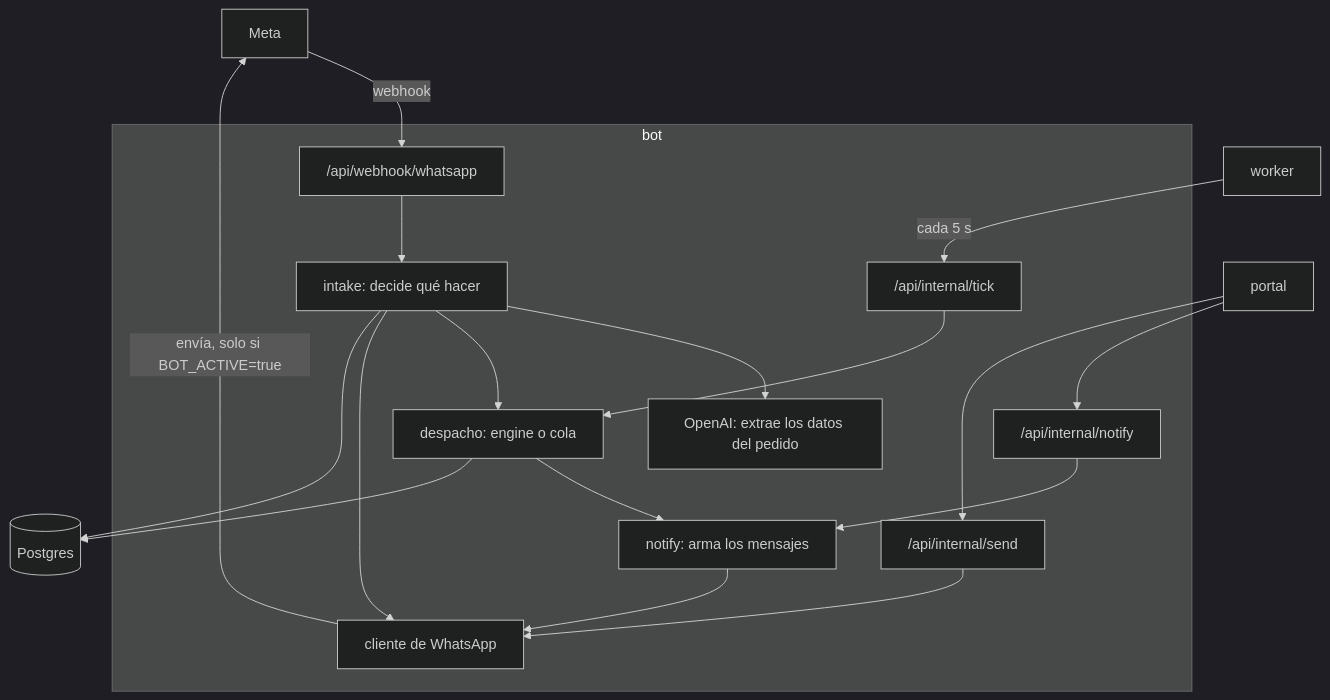
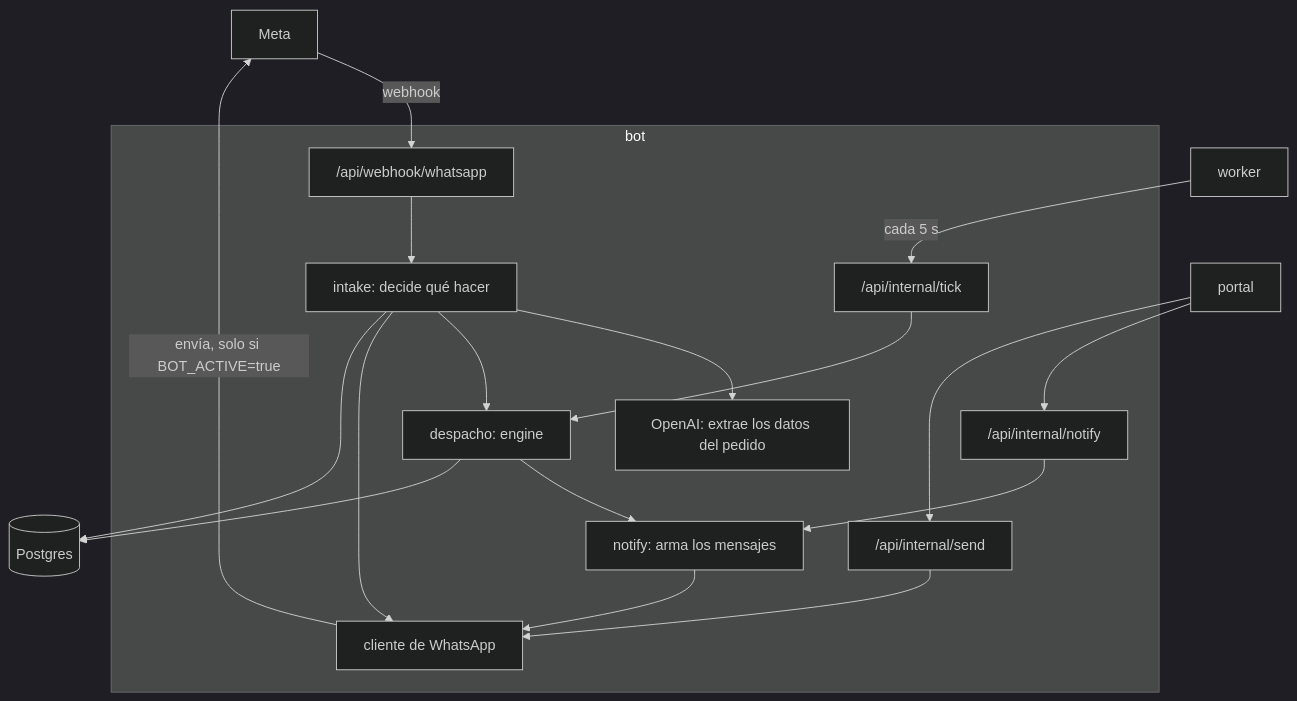
The fourth of 7 diagrams in docs/INFRAESTRUCTURA.md (clapi-labs/clapi-dispatch), drawn with Mermaid (dark theme) before and after one commit. The commit also changed other lines of this file and 25 other files, not shown here.

First line of the commit message:
Despacho: eliminar la cola legada y dejar el engine como único asignador automático (#76)

````diff
--- a/docs/INFRAESTRUCTURA.md
+++ b/docs/INFRAESTRUCTURA.md
@@ -178,23 +178,23 @@
 ```mermaid
 flowchart TB
     META[Meta] -- webhook --> W["/api/webhook/whatsapp"]
     WK[worker] -- cada 5 s --> T["/api/internal/tick"]
     PO[portal] --> N["/api/internal/notify"]
     PO --> S["/api/internal/send"]
 
     subgraph BOT[bot]
         W --> IN[intake: decide qué hacer]
         IN --> AI[OpenAI: extrae los datos del pedido]
-        IN --> Q[despacho: engine o cola]
+        IN --> Q[despacho: engine]
         T --> Q
         N --> NT[notify: arma los mensajes]
         Q --> NT
         S --> WA[cliente de WhatsApp]
         NT --> WA
         IN --> WA
     end
 
     IN --> DB[(Postgres)]
     Q --> DB
     WA -- "envía, solo si BOT_ACTIVE=true" --> META
 ```
````
